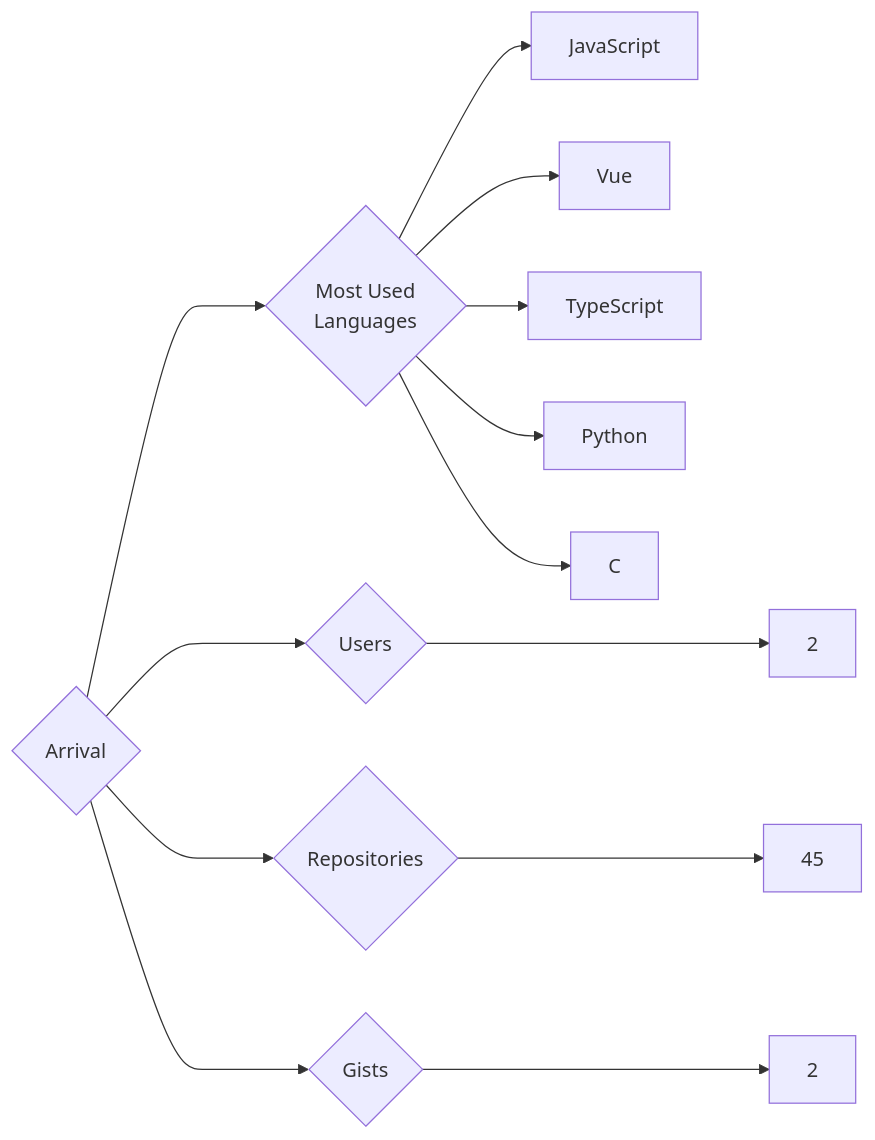
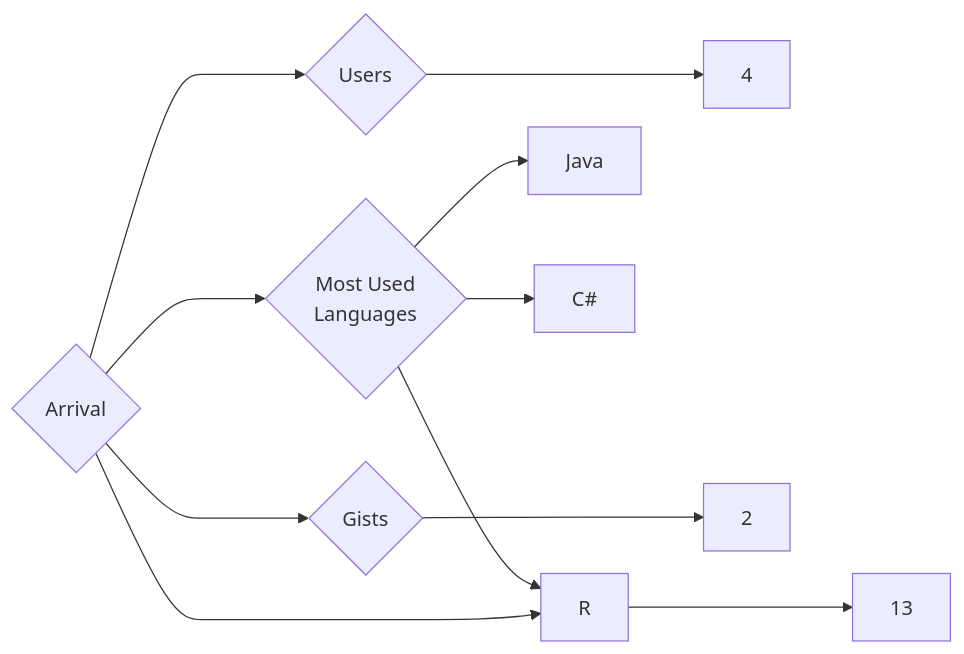
The diagram in targets/Arrival/README.md (trickest/insiders), drawn with Mermaid before and after one commit. The commit also changed 749 other files, not shown here.

````diff
--- a/targets/Arrival/README.md
+++ b/targets/Arrival/README.md
@@ -3,13 +3,11 @@
 ```mermaid
 graph LR
 COMPANY_NAME{Arrival}
-COMPANY_NAME ---> U{Users} ---> UN[2]
-COMPANY_NAME ---> R{Repositories} ---> RN[45]
+COMPANY_NAME ---> U{Users} ---> UN[4]
+COMPANY_NAME ---> R{Repositories} ---> RN[13]
 COMPANY_NAME ---> G{Gists} ---> GN[2]
 COMPANY_NAME ---> ML{Most Used<br>Languages}
-ML --> JavaScript[JavaScript]
-ML --> Vue[Vue]
-ML --> TypeScript[TypeScript]
-ML --> Python[Python]
-ML --> C[C]
+ML --> Java[Java]
+ML --> R[R]
+ML --> C#[C#]
 ```
````
